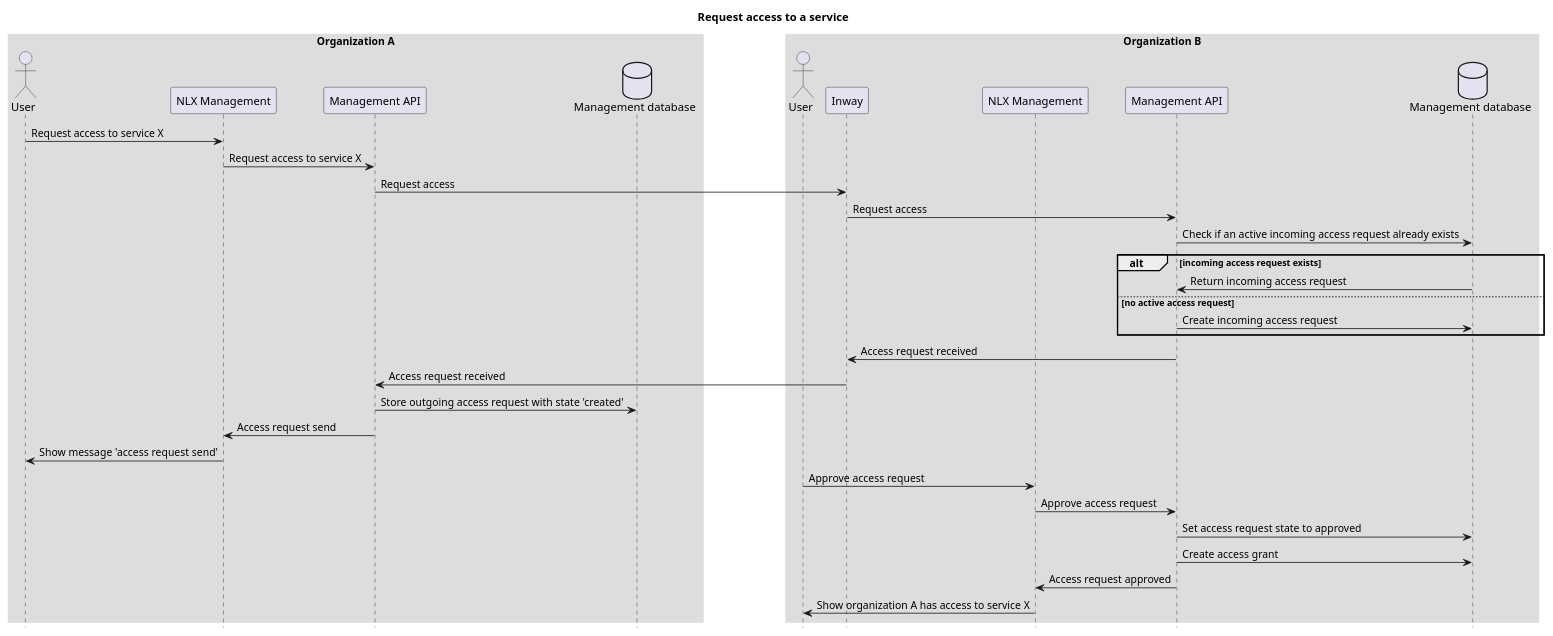
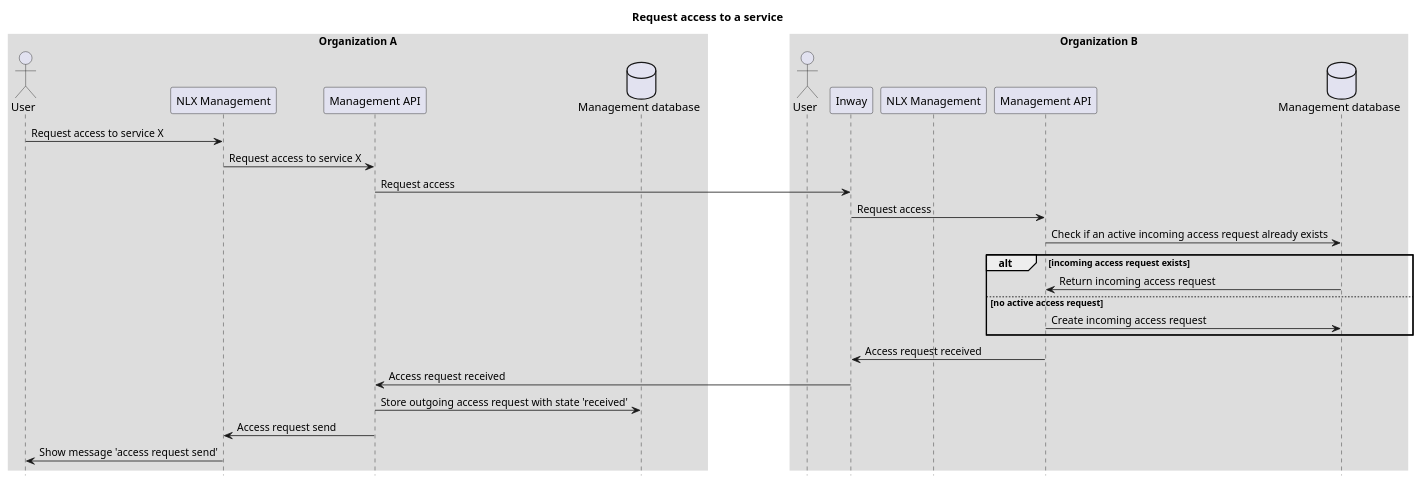
The diagram in technical-docs/sequence-diagrams/request-access.puml (VNG-Realisatie/nlx), drawn with PlantUML before and after one commit. The commit also changed 3 other files, not shown here.

First line of the commit message:
docs(management): update sequence diagrams for Outgoing Access Request synchronization

```diff
--- a/technical-docs/sequence-diagrams/request-access.puml
+++ b/technical-docs/sequence-diagrams/request-access.puml
@@ -1,45 +1,39 @@
 @startuml
 title: Request access to a service
 
 skinparam sequenceBoxBorderColor #transparent
 skinparam boxPadding 50
 hide footbox
 
 box "Organization A"
 actor "User" as userOrgA
 participant "NLX Management" as managementUIOrgA
 participant "Management API" as managementAPIOrgA
 database "Management database" as managementDatabaseOrgA
 end box
 
 box "Organization B"
 actor "User" as userOrgB
 participant "Inway" as inwayOrgB
 participant "NLX Management" as managementUIOrgB
 participant "Management API" as managementAPIOrgB
 database "Management database" as managementDatabaseOrgB
 end box
 
 userOrgA -> managementUIOrgA: Request access to service X
 managementUIOrgA -> managementAPIOrgA: Request access to service X
 managementAPIOrgA -> inwayOrgB: Request access
         inwayOrgB -> managementAPIOrgB: Request access
         managementAPIOrgB -> managementDatabaseOrgB: Check if an active incoming access request already exists
         alt incoming access request exists
         managementDatabaseOrgB -> managementAPIOrgB: Return incoming access request
         else no active access request
         managementAPIOrgB -> managementDatabaseOrgB: Create incoming access request
         end
         managementAPIOrgB -> inwayOrgB: Access request received
         inwayOrgB -> managementAPIOrgA: Access request received
-managementAPIOrgA -> managementDatabaseOrgA: Store outgoing access request with state 'created'
+managementAPIOrgA -> managementDatabaseOrgA: Store outgoing access request with state 'received'
 managementAPIOrgA -> managementUIOrgA: Access request send
 managementUIOrgA -> userOrgA: Show message 'access request send'
 
-userOrgB -> managementUIOrgB: Approve access request
-managementUIOrgB -> managementAPIOrgB: Approve access request
-managementAPIOrgB -> managementDatabaseOrgB: Set access request state to approved
-managementAPIOrgB -> managementDatabaseOrgB: Create access grant
-managementAPIOrgB -> managementUIOrgB: Access request approved
-managementUIOrgB -> userOrgB: Show organization A has access to service X
 @enduml
```
